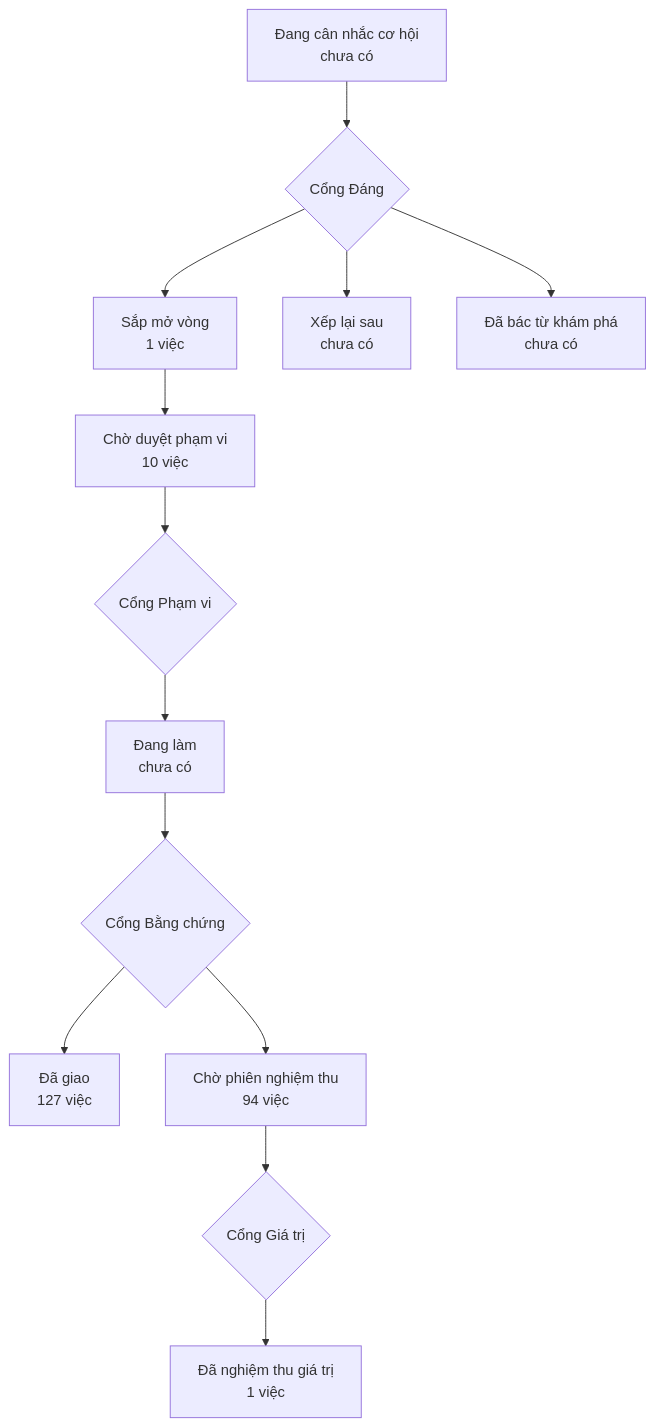
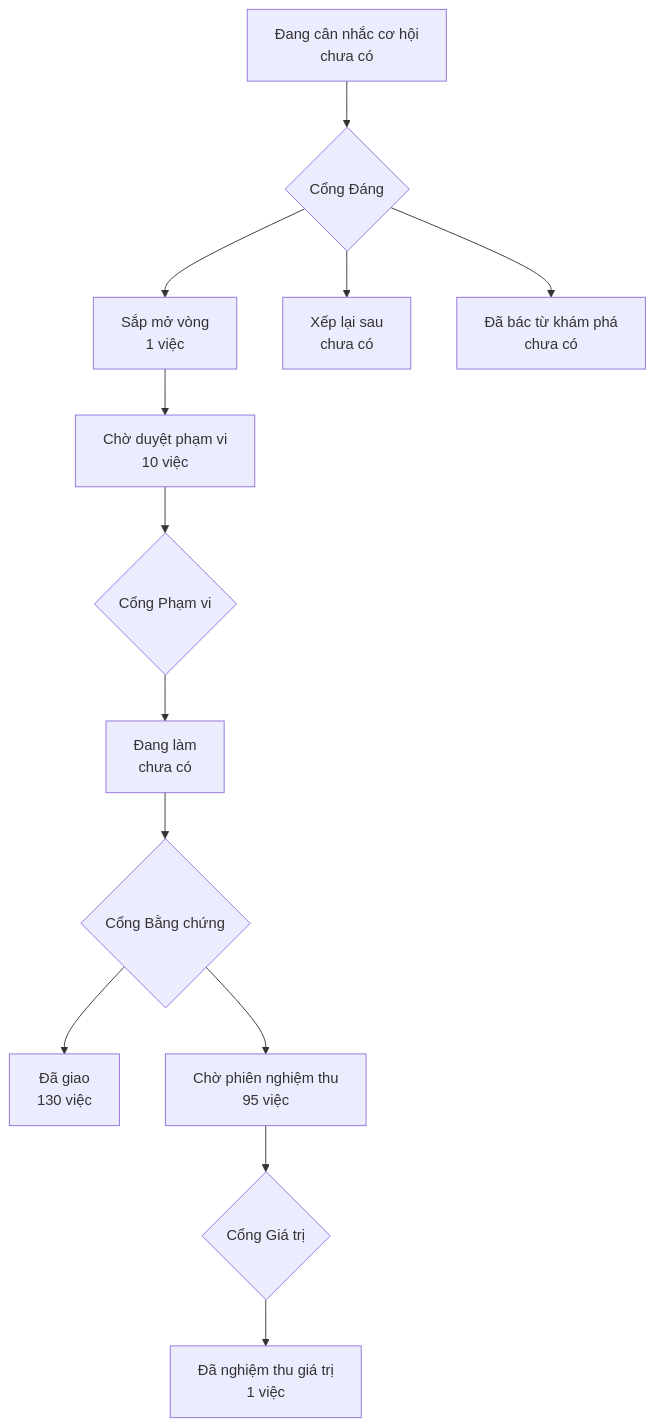
The diagram in PRODUCT-MAP.md (phanlemanh/onehub-invest), drawn with Mermaid before and after one commit. The commit also changed other lines of this file and 1 other file, not shown here.

Commit message:
chore: vẽ lại bản đồ sau khi gộp main

````diff
--- a/PRODUCT-MAP.md
+++ b/PRODUCT-MAP.md
@@ -7,12 +7,12 @@
 ```mermaid
 flowchart TD
   A["Đang cân nhắc cơ hội<br/>chưa có"] --> GD{"Cổng Đáng"}
   GD --> B["Sắp mở vòng<br/>1 việc"]
   GD --> XL["Xếp lại sau<br/>chưa có"]
   GD --> DB["Đã bác từ khám phá<br/>chưa có"]
   B --> CD["Chờ duyệt phạm vi<br/>10 việc"] --> GP{"Cổng Phạm vi"}
   GP --> DL["Đang làm<br/>chưa có"] --> GB{"Cổng Bằng chứng"}
-  GB --> DG["Đã giao<br/>127 việc"]
-  GB --> CN["Chờ phiên nghiệm thu<br/>94 việc"] --> GG{"Cổng Giá trị"}
+  GB --> DG["Đã giao<br/>130 việc"]
+  GB --> CN["Chờ phiên nghiệm thu<br/>95 việc"] --> GG{"Cổng Giá trị"}
   GG --> NT["Đã nghiệm thu giá trị<br/>1 việc"]
 ```
````
